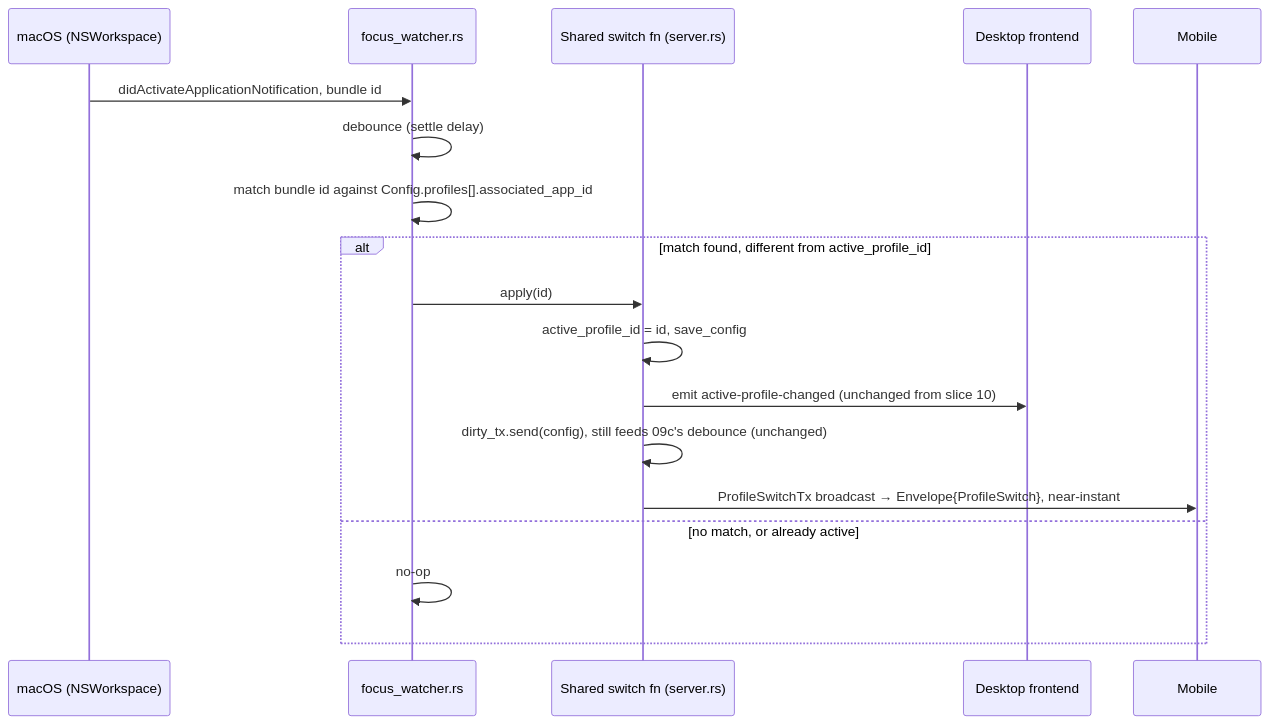
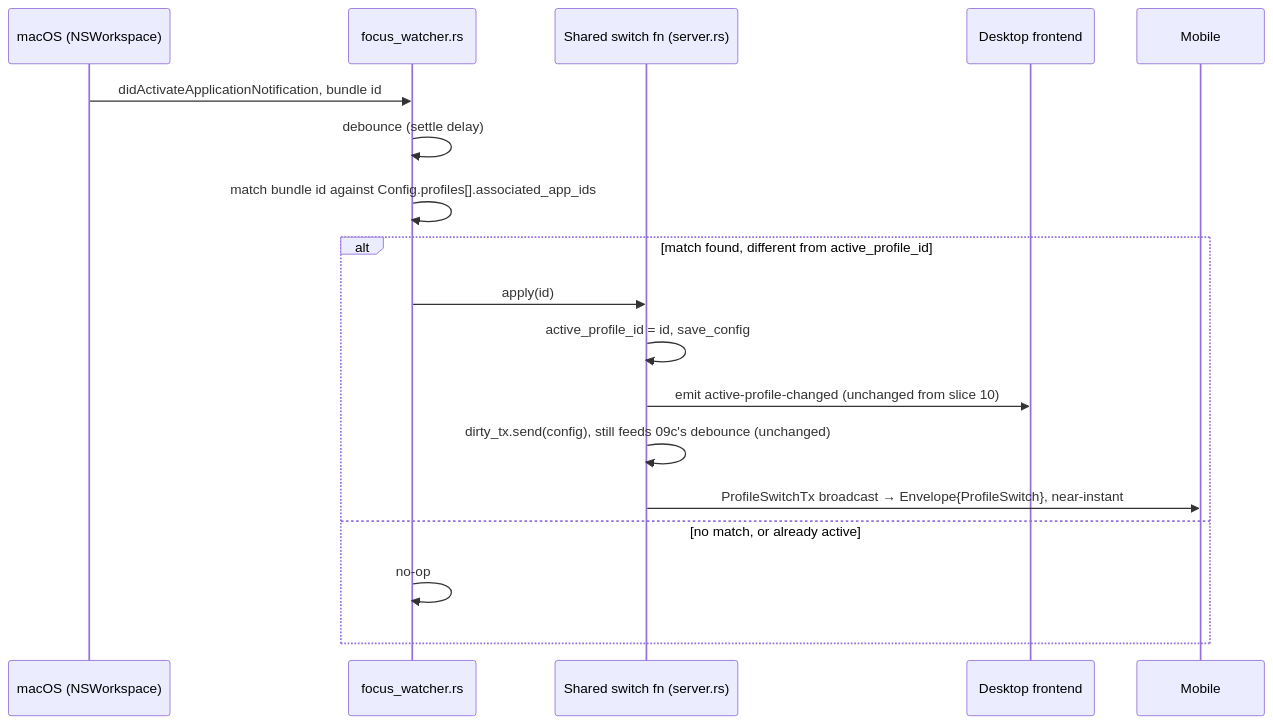
Before and after one commit to hk0i/buttons: the diagram in docs/slices/10a. Auto Profile Switch.spec.md, drawn with Mermaid. The commit also changed other lines of this file, not shown here.

Commit message:
[10a][auto-profile-switch][docs] update: associated_app_ids as repeated, not scalar — export-format compat

````diff
--- a/docs/slices/10a. Auto Profile Switch.spec.md
+++ b/docs/slices/10a. Auto Profile Switch.spec.md
@@ -156,20 +180,20 @@
 ```mermaid
 sequenceDiagram
   participant OS as macOS (NSWorkspace)
   participant W as focus_watcher.rs
   participant S as Shared switch fn (server.rs)
   participant F as Desktop frontend
   participant M as Mobile
   OS->>W: didActivateApplicationNotification, bundle id
   W->>W: debounce (settle delay)
-  W->>W: match bundle id against Config.profiles[].associated_app_id
+  W->>W: match bundle id against Config.profiles[].associated_app_ids
   alt match found, different from active_profile_id
     W->>S: apply(id)
     S->>S: active_profile_id = id, save_config
     S->>F: emit active-profile-changed (unchanged from slice 10)
     S->>S: dirty_tx.send(config), still feeds 09c's debounce (unchanged)
     S->>M: ProfileSwitchTx broadcast → Envelope{ProfileSwitch}, near-instant
   else no match, or already active
     W->>W: no-op
   end
 ```
````
